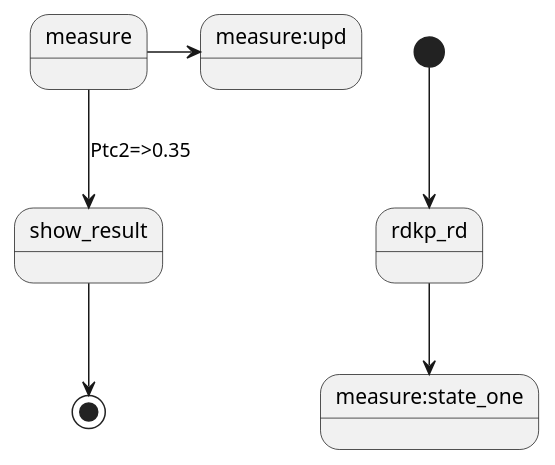
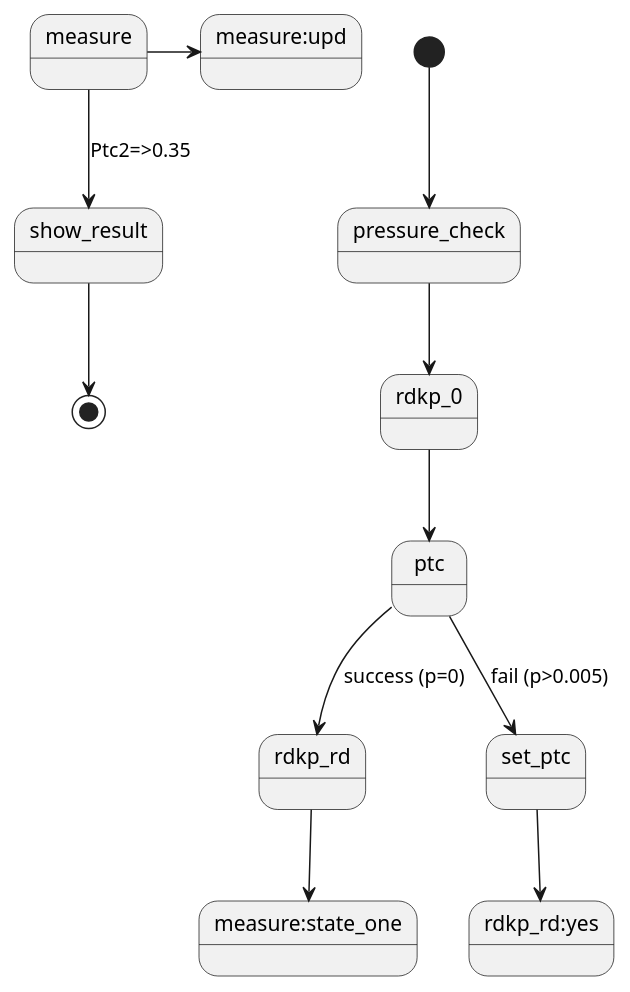
One commit to Alser69rus/A3135 changed the diagram in uml/rd042/fill.puml. Above: the diagram before and after it, drawn with PlantUML. The commit also changed 1 other file, not shown here.

```diff
--- a/uml/rd042/fill.puml
+++ b/uml/rd042/fill.puml
@@ -1,9 +1,14 @@
 @startuml
 
-[*]-->rdkp_rd
+[*]-->pressure_check
+pressure_check-->rdkp_0
+rdkp_0-->ptc
+ptc-->rdkp_rd:success (p=0)
+ptc-->set_ptc:fail (p>0.005)
+set_ptc-->rdkp_rd:yes
 rdkp_rd-->measure:state_one
 measure->measure:upd
 measure-->show_result:Ptc2=>0.35
 show_result-->[*]
 
 @enduml
```
